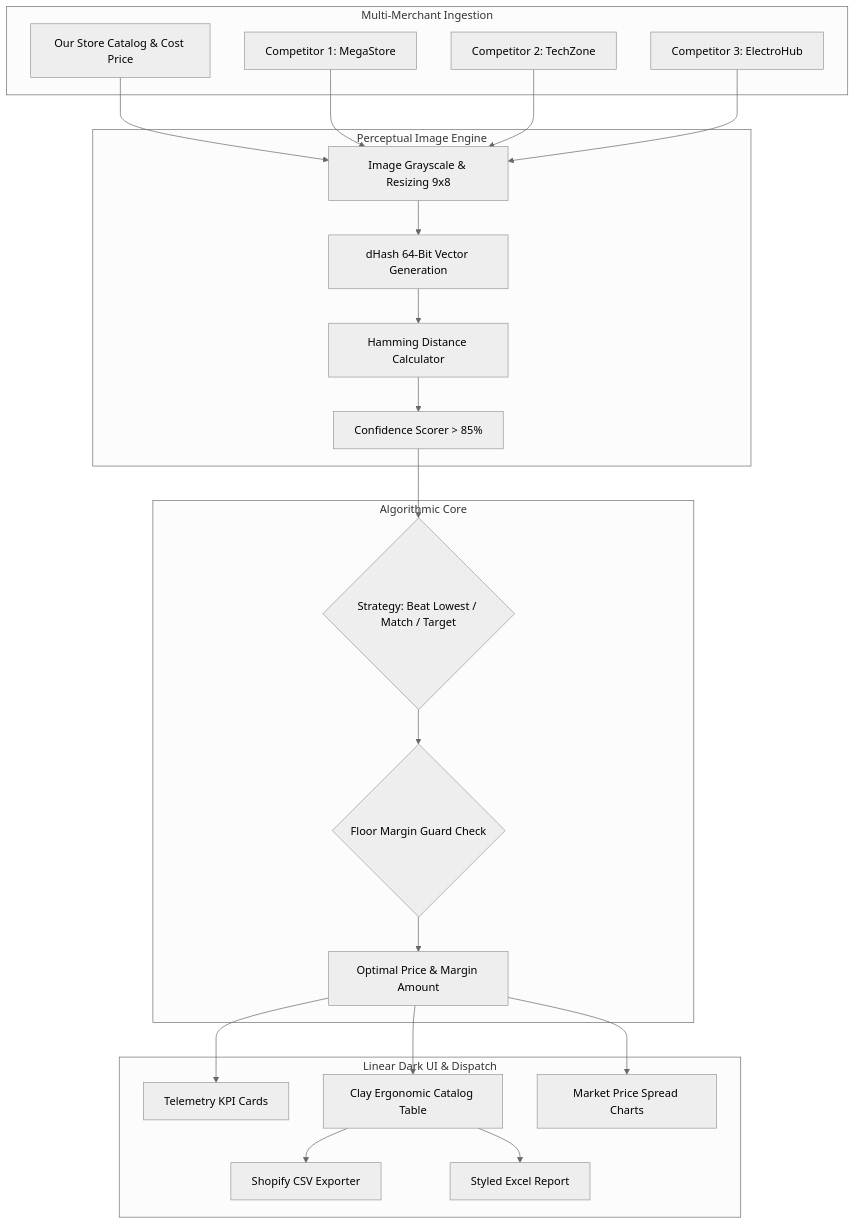
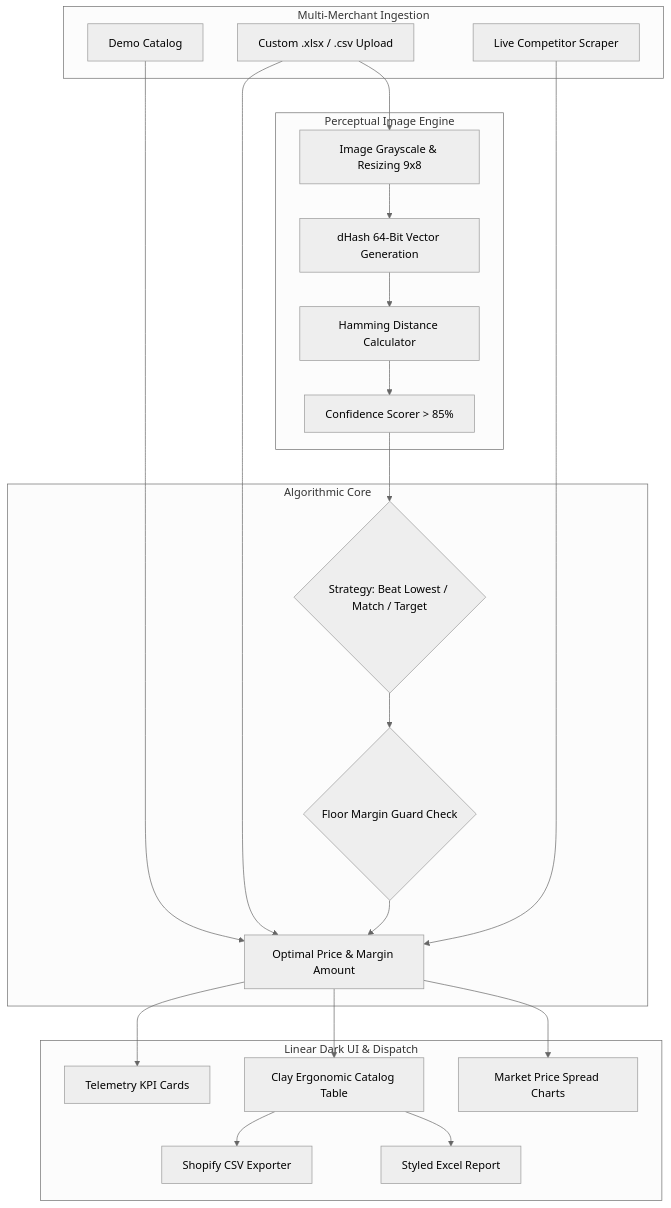
The diagram in README.md (zymaneta-eng/omniprice-repricer), drawn with Mermaid (neutral theme) before and after one commit. The commit also changed other lines of this file and 2 other files, not shown here.

````diff
--- a/README.md
+++ b/README.md
@@ -40,46 +61,45 @@
 ```mermaid
 flowchart TD
     subgraph Data Feeds [Multi-Merchant Ingestion]
-        OurStore[Our Store Catalog & Cost Price]
-        Competitor1[Competitor 1: MegaStore]
-        Competitor2[Competitor 2: TechZone]
-        Competitor3[Competitor 3: ElectroHub]
+        DemoCatalog[Demo Catalog]
+        UploadExcel[Custom .xlsx / .csv Upload]
+        LiveScraper[Live Competitor Scraper]
     end
 
     subgraph Visual Matcher [Perceptual Image Engine]
         ImgNorm[Image Grayscale & Resizing 9x8]
         DHash[dHash 64-Bit Vector Generation]
         Hamming[Hamming Distance Calculator]
         Confidence[Confidence Scorer > 85%]
     end
 
     subgraph Repricing Engine [Algorithmic Core]
         StrategySelector{Strategy: Beat Lowest / Match / Target}
         FloorGuard{Floor Margin Guard Check}
         PriceCalculator[Optimal Price & Margin Amount]
     end
 
     subgraph Terminal [Linear Dark UI & Dispatch]
         KPIs[Telemetry KPI Cards]
         InteractiveGrid[Clay Ergonomic Catalog Table]
         PlotlyCharts[Market Price Spread Charts]
         ShopifyExport[Shopify CSV Exporter]
         ExcelExport[Styled Excel Report]
     end
 
-    OurStore --> ImgNorm
-    Competitor1 --> ImgNorm
-    Competitor2 --> ImgNorm
-    Competitor3 --> ImgNorm
+    DemoCatalog --> PriceCalculator
+    UploadExcel --> PriceCalculator
+    LiveScraper --> PriceCalculator
+    UploadExcel --> ImgNorm
     ImgNorm --> DHash
     DHash --> Hamming
     Hamming --> Confidence
     Confidence --> StrategySelector
     StrategySelector --> FloorGuard
     FloorGuard --> PriceCalculator
     PriceCalculator --> KPIs
     PriceCalculator --> InteractiveGrid
     PriceCalculator --> PlotlyCharts
     InteractiveGrid --> ShopifyExport
     InteractiveGrid --> ExcelExport
 ```
````
